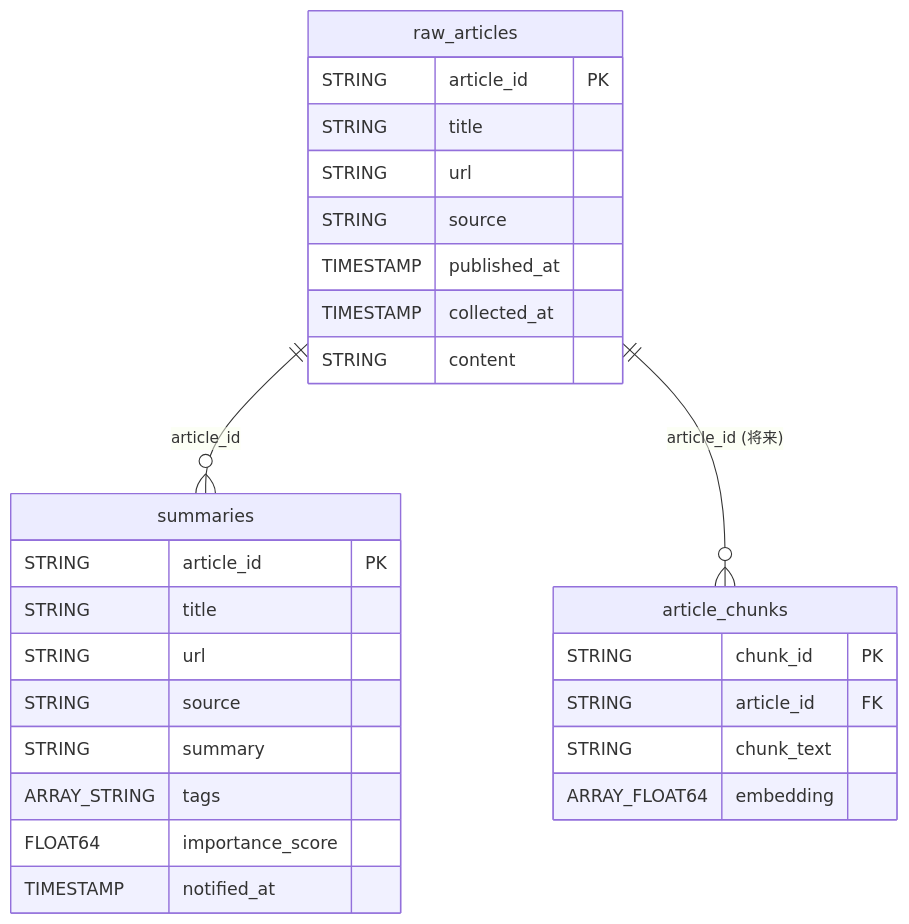
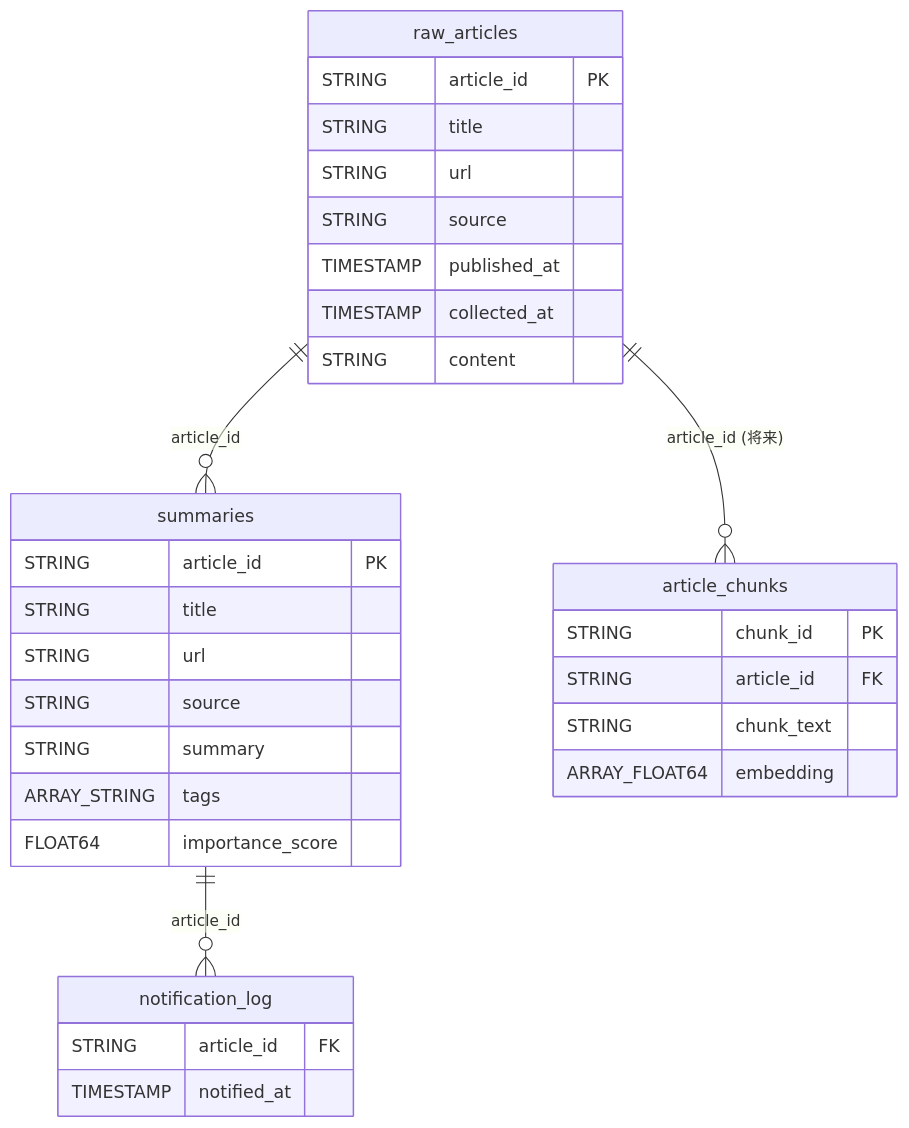
Before and after one commit to mishi5/data-platform-handson: the fourth of 6 diagrams in docs/news-pipeline-architecture.md, drawn with Mermaid. The commit also changed other lines of this file and 1 other file, not shown here.

First line of the commit message:
docs: README・アーキテクチャ図を最新状態に更新

````diff
--- a/docs/news-pipeline-architecture.md
+++ b/docs/news-pipeline-architecture.md
@@ -103,33 +103,38 @@
 ```mermaid
 erDiagram
     raw_articles {
         STRING article_id PK
         STRING title
         STRING url
         STRING source
         TIMESTAMP published_at
         TIMESTAMP collected_at
         STRING content
     }
 
     summaries {
         STRING article_id PK
         STRING title
         STRING url
         STRING source
         STRING summary
         ARRAY_STRING tags
         FLOAT64 importance_score
+    }
+
+    notification_log {
+        STRING article_id FK
         TIMESTAMP notified_at
     }
 
     article_chunks {
         STRING chunk_id PK
         STRING article_id FK
         STRING chunk_text
         ARRAY_FLOAT64 embedding
     }
 
     raw_articles ||--o{ summaries : "article_id"
+    summaries ||--o{ notification_log : "article_id"
     raw_articles ||--o{ article_chunks : "article_id (将来)"
 ```
````
